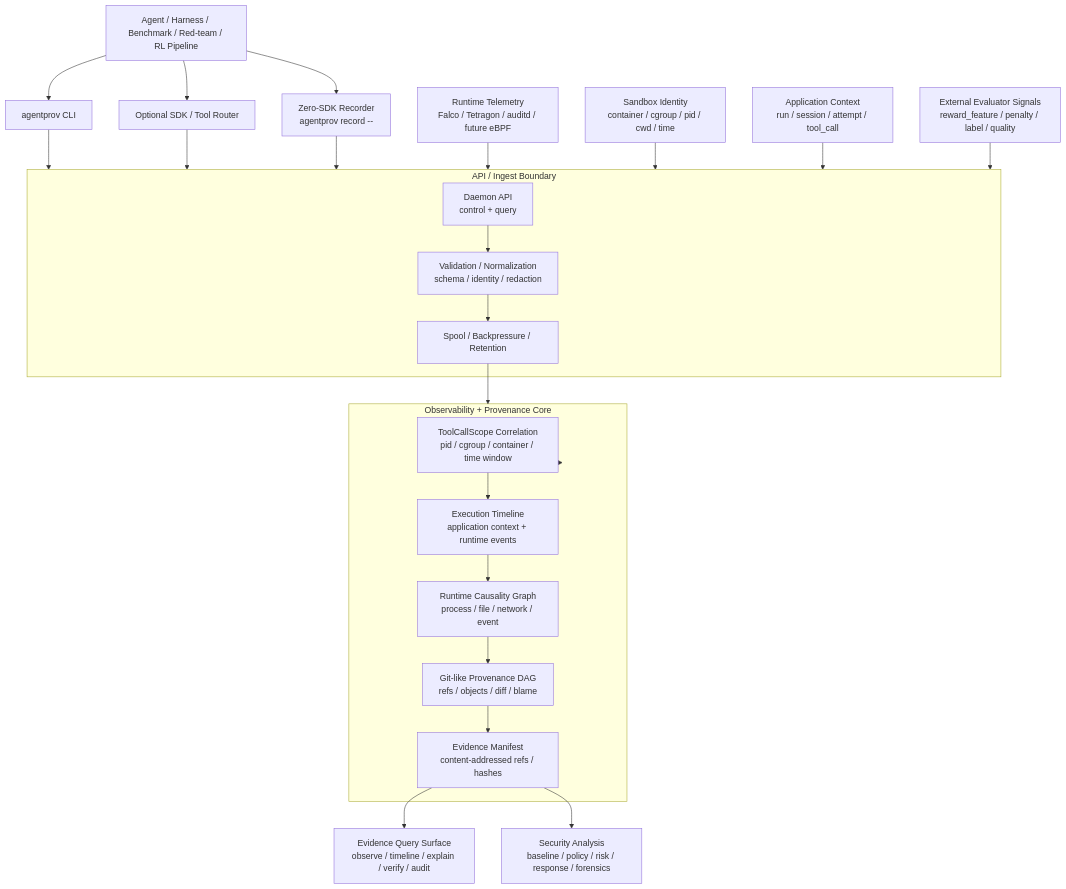
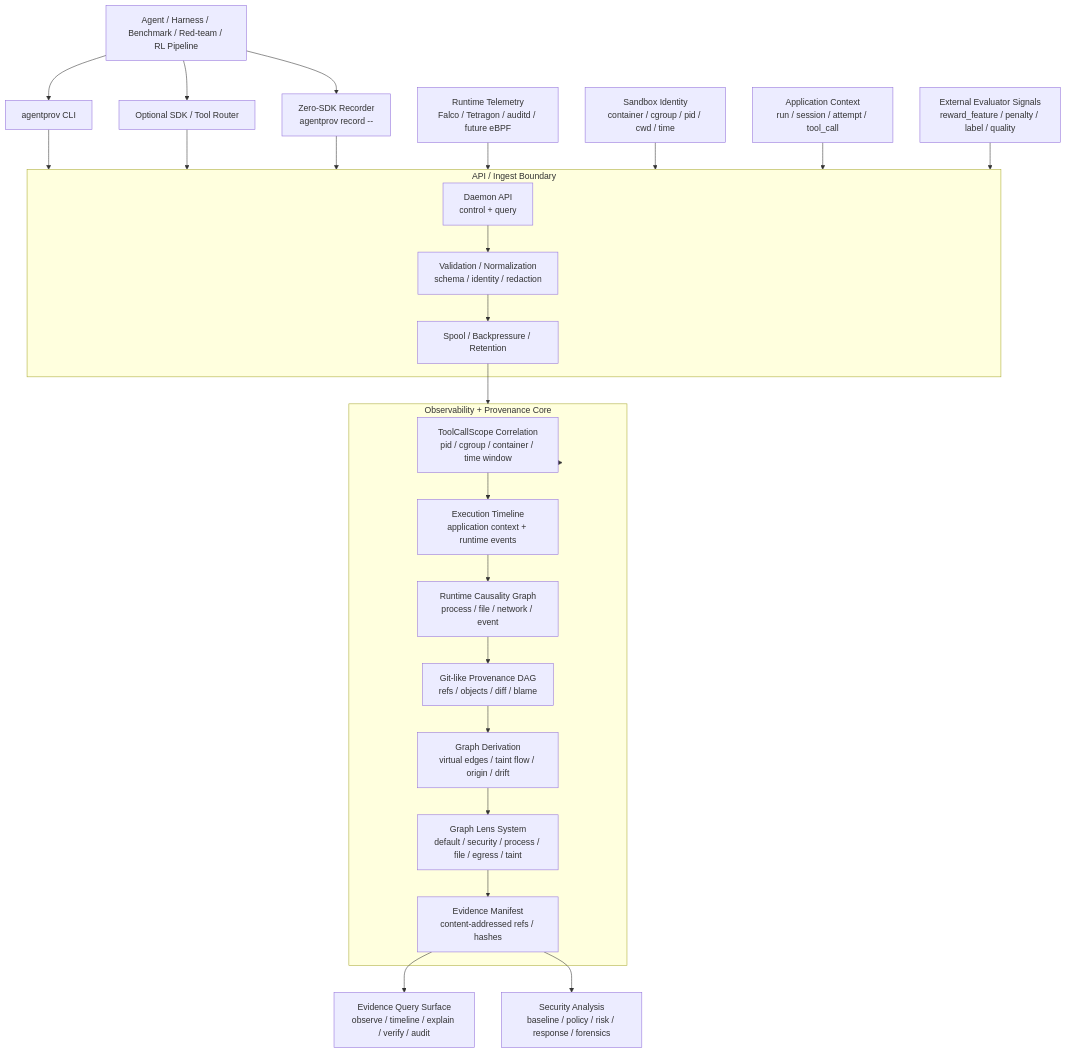
One commit to ByteYellow/AgentProvenance changed the diagram in README.md. Above: the diagram before and after it, drawn with Mermaid. The commit also changed other lines of this file and 24 other files, not shown here.

First line of the commit message:
Graph explorer replay (#11)

````diff
--- a/README.md
+++ b/README.md
@@ -868,40 +922,44 @@
 ```mermaid
 flowchart TD
     Agent["Agent / Harness / Benchmark / Red-team / RL Pipeline"] --> CLI["agentprov CLI"]
     Agent --> SDK["Optional SDK / Tool Router"]
     Agent --> Recorder["Zero-SDK Recorder\nagentprov record -- <cmd>"]
 
     CLI --> Boundary
     SDK --> Boundary
     Recorder --> Boundary
     RuntimeTelemetry["Runtime Telemetry\nFalco / Tetragon / auditd / future eBPF"] --> Boundary
     SandboxIdentity["Sandbox Identity\ncontainer / cgroup / pid / cwd / time"] --> Boundary
     AppContext["Application Context\nrun / session / attempt / tool_call"] --> Boundary
     ExternalSignals["External Evaluator Signals\nreward_feature / penalty / label / quality"] --> Boundary
 
     subgraph Boundary["API / Ingest Boundary"]
         Daemon["Daemon API\ncontrol + query"]
         Validation["Validation / Normalization\nschema / identity / redaction"]
         Spool["Spool / Backpressure / Retention"]
     end
 
     Daemon --> Validation
     Validation --> Spool
     Spool --> Core
 
     subgraph Core["Observability + Provenance Core"]
         Correlation["ToolCallScope Correlation\npid / cgroup / container / time window"]
         Timeline["Execution Timeline\napplication context + runtime events"]
         Causality["Runtime Causality Graph\nprocess / file / network / event"]
         Provenance["Git-like Provenance DAG\nrefs / objects / diff / blame"]
+        Derivation["Graph Derivation\nvirtual edges / taint flow / origin / drift"]
+        Lens["Graph Lens System\ndefault / security / process / file / egress / taint"]
         Evidence["Evidence Manifest\ncontent-addressed refs / hashes"]
     end
 
     Core --> Correlation
     Correlation --> Timeline
     Timeline --> Causality
     Causality --> Provenance
-    Provenance --> Evidence
+    Provenance --> Derivation
+    Derivation --> Lens
+    Lens --> Evidence
     Evidence --> Query["Evidence Query Surface\nobserve / timeline / explain / verify / audit"]
     Evidence --> Security["Security Analysis\nbaseline / policy / risk / response / forensics"]
 ```
````
